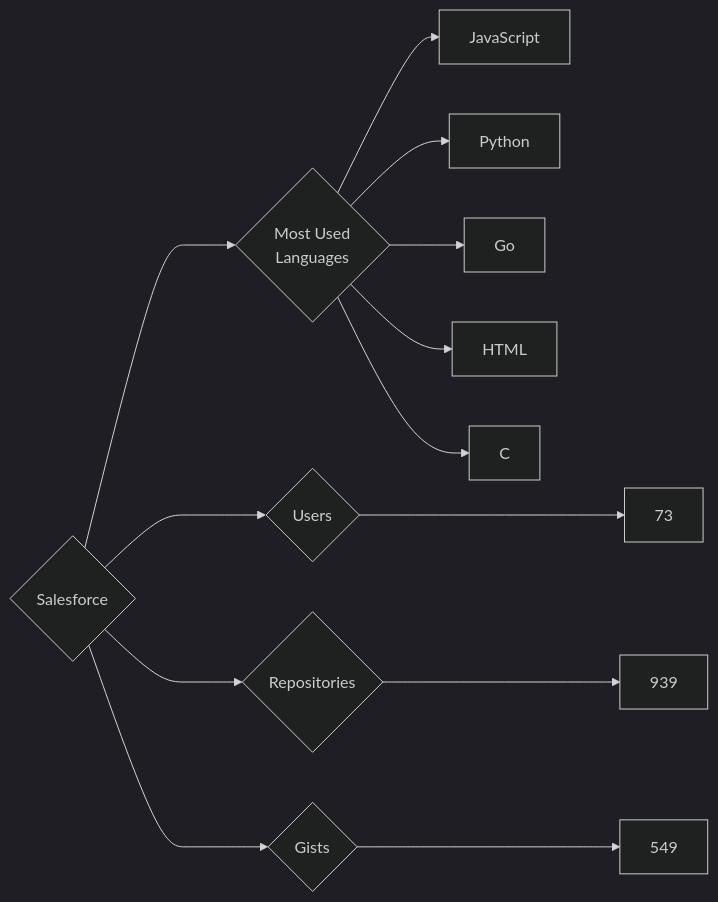
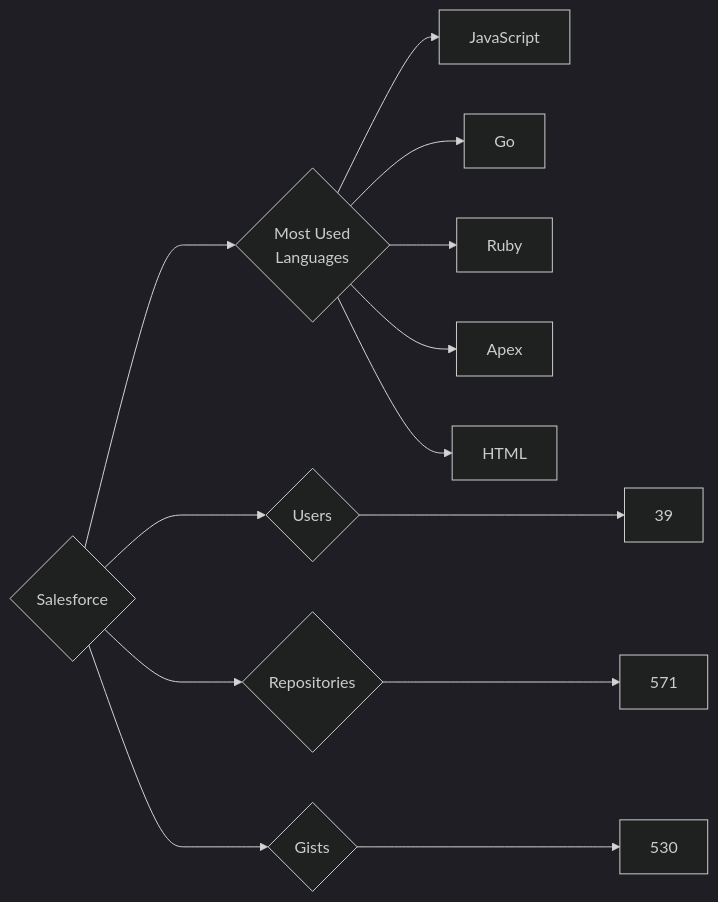
The diagram in targets/Salesforce/README.md (trickest/insiders), drawn with Mermaid (dark theme) before and after one commit. The commit also changed 787 other files, not shown here.

````diff
--- a/targets/Salesforce/README.md
+++ b/targets/Salesforce/README.md
@@ -3,13 +3,13 @@
 ```mermaid
 graph LR
 COMPANY_NAME{Salesforce}
-COMPANY_NAME ---> U{Users} ---> UN[73]
-COMPANY_NAME ---> R{Repositories} ---> RN[939]
-COMPANY_NAME ---> G{Gists} ---> GN[549]
+COMPANY_NAME ---> U{Users} ---> UN[39]
+COMPANY_NAME ---> R{Repositories} ---> RN[571]
+COMPANY_NAME ---> G{Gists} ---> GN[530]
 COMPANY_NAME ---> ML{Most Used<br>Languages}
 ML --> JavaScript[JavaScript]
-ML --> Python[Python]
 ML --> Go[Go]
+ML --> Ruby[Ruby]
+ML --> Apex[Apex]
 ML --> HTML[HTML]
-ML --> C[C]
 ```
````
